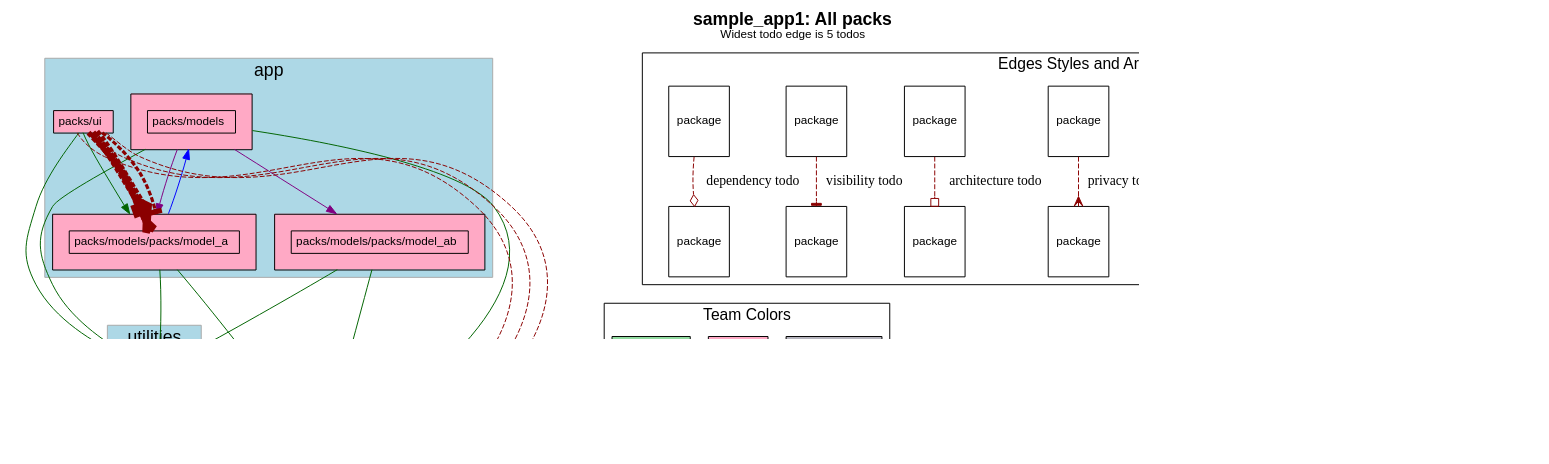
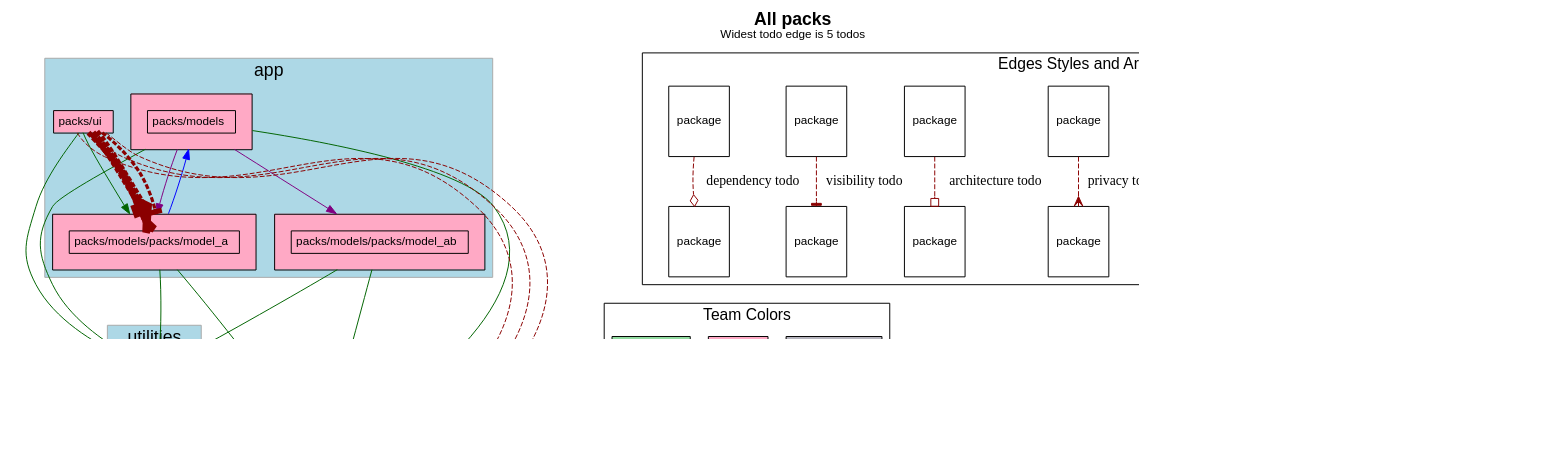
Before and after one commit to rubyatscale/visualize_packs: the diagram in spec/sample_app1/test_output/plain.dot, drawn with Graphviz. The commit also changed 21 other files, not shown here.

```diff
--- a/spec/sample_app1/test_output/plain.dot
+++ b/spec/sample_app1/test_output/plain.dot
@@ -5,7 +5,7 @@
     fontname="Helvetica,Arial,sans-serif"
     dpi=100
     layout=dot
-    label=<<b>sample_app1: All packs</b><br/><font point-size='12'>Widest todo edge is 5 todos</font>>
+    label=<<b>All packs</b><br/><font point-size='12'>Widest todo edge is 5 todos</font>>
     fontsize=18
   ]
   node [
```
